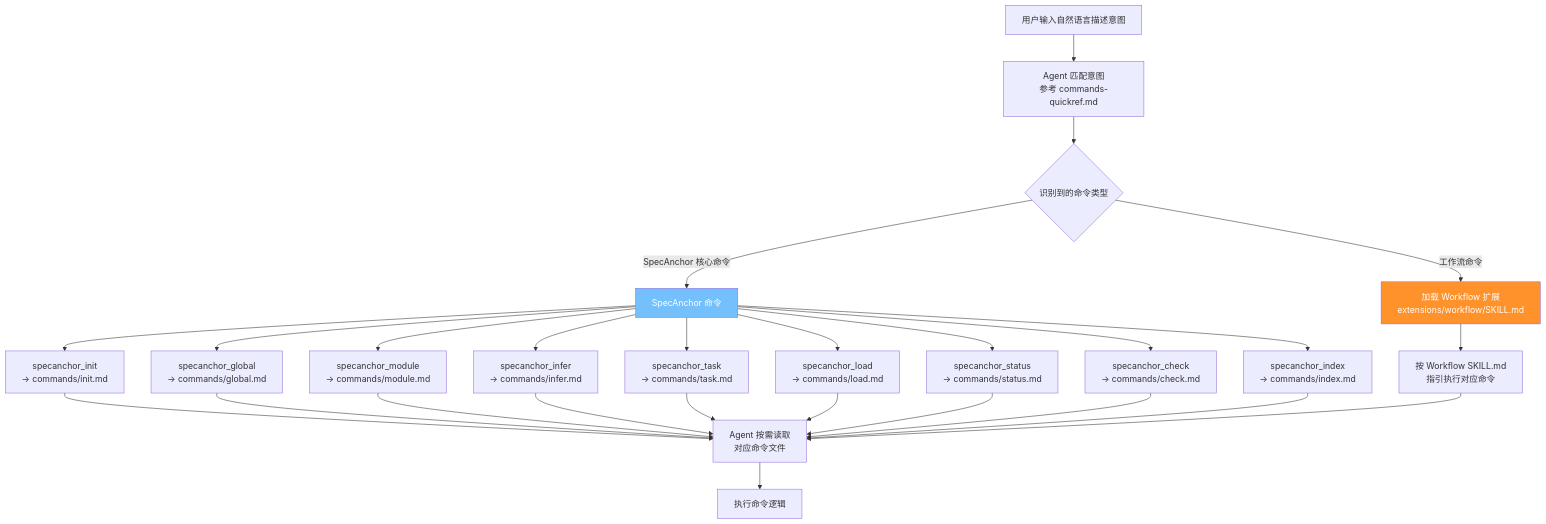
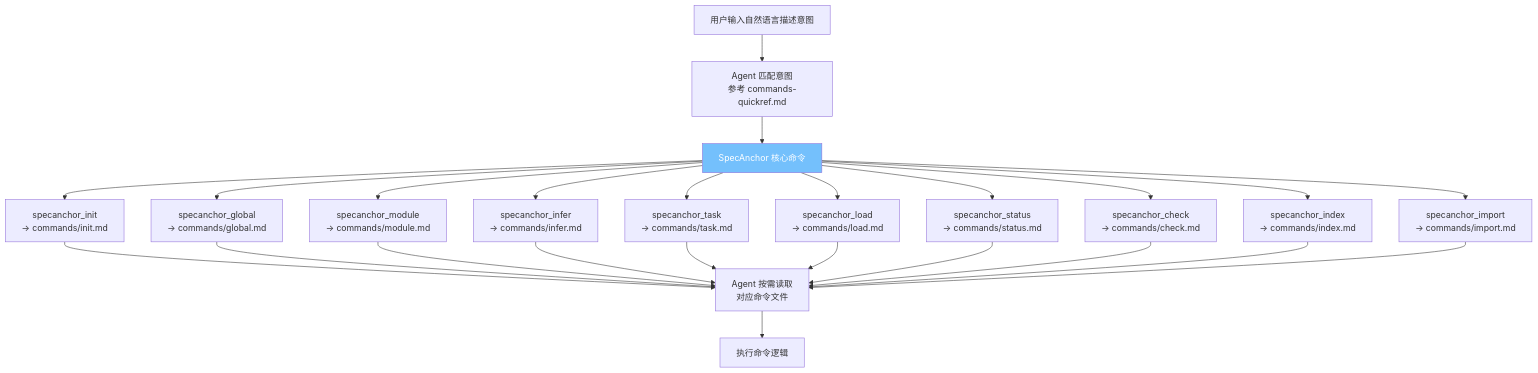
One commit to linziyanleo/spec-anchor changed the second of 6 diagrams in FLOWCHART.md. Above: the diagram before and after it, drawn with Mermaid. The commit also changed other lines of this file and 8 other files, not shown here.

Commit message:
docs(skill): remove workflow routing from core spec-anchor

````diff
--- a/FLOWCHART.md
+++ b/FLOWCHART.md
@@ -27,36 +27,31 @@
 ```mermaid
 flowchart TD
     H[用户输入自然语言描述意图] --> I[Agent 匹配意图<br/>参考 commands-quickref.md]
-    I --> J{识别到的命令类型}
-
-    J -->|SpecAnchor 核心命令| K[SpecAnchor 命令]
-    J -->|工作流命令| L[加载 Workflow 扩展<br/>extensions/workflow/SKILL.md]
+    I --> K[SpecAnchor 核心命令]
 
     K --> K1["specanchor_init<br/>→ commands/init.md"]
     K --> K2["specanchor_global<br/>→ commands/global.md"]
     K --> K3["specanchor_module<br/>→ commands/module.md"]
     K --> K4["specanchor_infer<br/>→ commands/infer.md"]
     K --> K5["specanchor_task<br/>→ commands/task.md"]
     K --> K6["specanchor_load<br/>→ commands/load.md"]
     K --> K7["specanchor_status<br/>→ commands/status.md"]
     K --> K8["specanchor_check<br/>→ commands/check.md"]
     K --> K9["specanchor_index<br/>→ commands/index.md"]
-
-    L --> L1[按 Workflow SKILL.md<br/>指引执行对应命令]
+    K --> K10["specanchor_import<br/>→ commands/import.md"]
 
     K1 --> T[Agent 按需读取<br/>对应命令文件]
     K2 --> T
     K3 --> T
     K4 --> T
     K5 --> T
     K6 --> T
     K7 --> T
     K8 --> T
     K9 --> T
-    L1 --> T
+    K10 --> T
 
     T --> U[执行命令逻辑]
 
     style K fill:#74c0fc,color:#fff
-    style L fill:#ff922b,color:#fff
 ```
````
